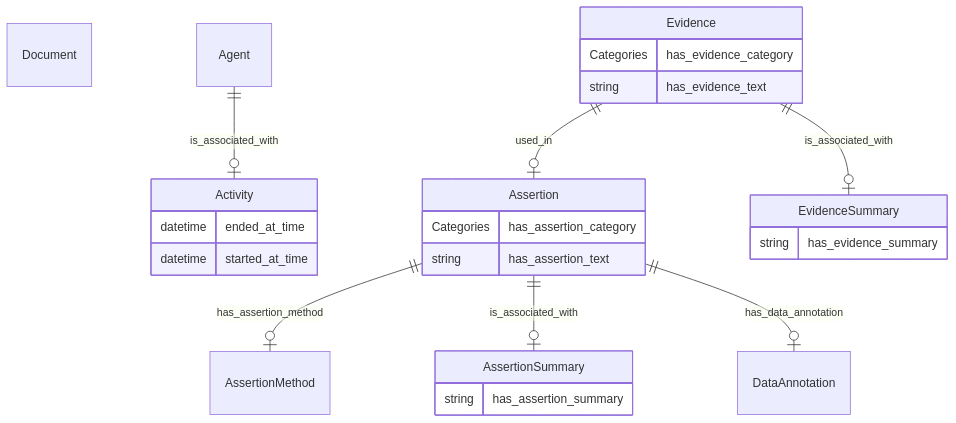
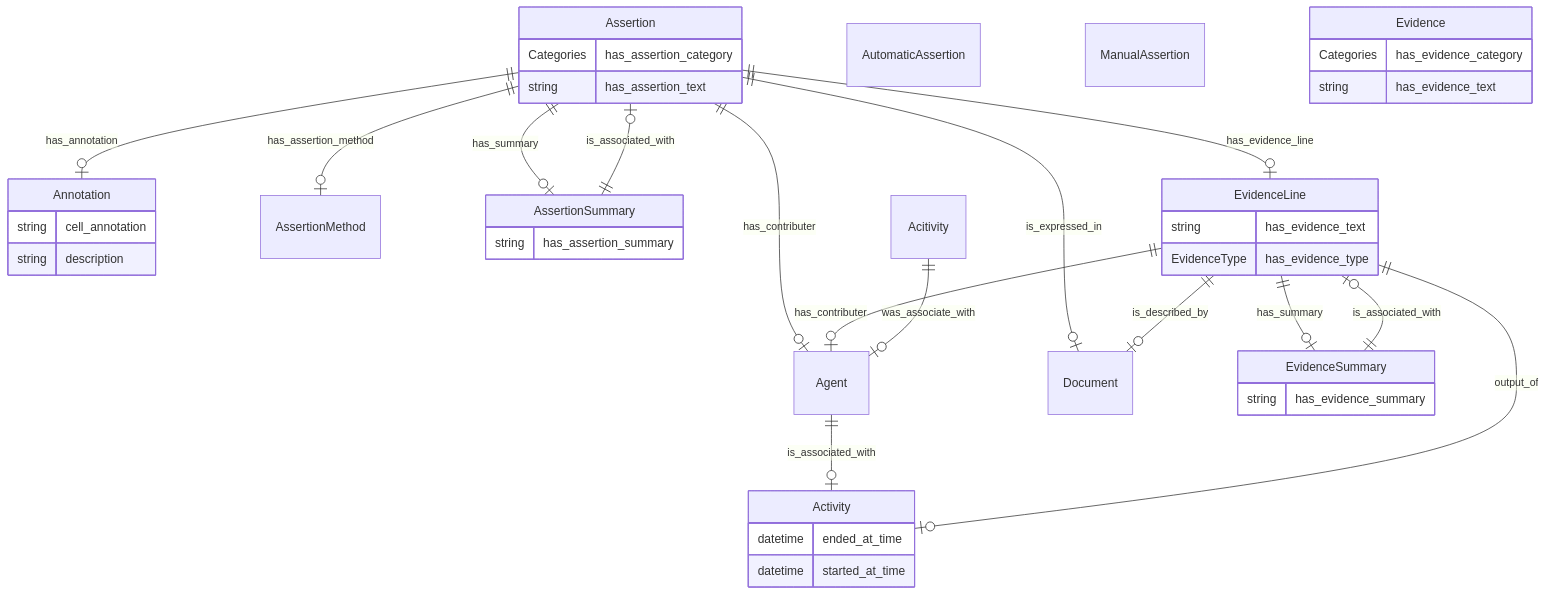
The diagram in erdiagram-autogen/assertion_evidence.md (brain-bican/models), drawn with Mermaid before and after one commit. The commit also changed 3 other files, not shown here.

Commit message:
generate another formats for assertion_evidence model

````diff
--- a/erdiagram-autogen/assertion_evidence.md
+++ b/erdiagram-autogen/assertion_evidence.md
@@ -1,41 +1,63 @@
 ```mermaid
 erDiagram
-Assertion {
-    Categories has_assertion_category  
-    string has_assertion_text  
-}
-Document {
-
-}
 Activity {
     datetime ended_at_time  
     datetime started_at_time  
 }
 Agent {
 
 }
+Annotation {
+    string cell_annotation  
+    string description  
+}
+Assertion {
+    Categories has_assertion_category  
+    string has_assertion_text  
+}
+AssertionMethod {
+
+}
 AssertionSummary {
     string has_assertion_summary  
+}
+AutomaticAssertion {
+
+}
+Document {
+
+}
+EvidenceLine {
+    string has_evidence_text  
+    EvidenceType has_evidence_type  
 }
 EvidenceSummary {
     string has_evidence_summary  
 }
-AssertionMethod {
+ManualAssertion {
 
 }
-DataAnnotation {
+Acitivity {
 
 }
 Evidence {
     Categories has_evidence_category  
     string has_evidence_text  
 }
 
+Agent ||--|o Activity : "is_associated_with"
+Assertion ||--|o Annotation : "has_annotation"
 Assertion ||--|o AssertionMethod : "has_assertion_method"
-Assertion ||--|o AssertionSummary : "is_associated_with"
-Assertion ||--|o DataAnnotation : "has_data_annotation"
-Agent ||--|o Activity : "is_associated_with"
-Evidence ||--|o Assertion : "used_in"
-Evidence ||--|o EvidenceSummary : "is_associated_with"
+Assertion ||--|o Agent : "has_contributer"
+Assertion ||--|o AssertionSummary : "has_summary"
+Assertion ||--|o Document : "is_expressed_in"
+Assertion ||--|o EvidenceLine : "has_evidence_line"
+AssertionSummary ||--|o Assertion : "is_associated_with"
+EvidenceLine ||--|o Agent : "has_contributer"
+EvidenceLine ||--|o EvidenceSummary : "has_summary"
+EvidenceLine ||--|o Document : "is_described_by"
+EvidenceLine ||--|o Activity : "output_of"
+EvidenceSummary ||--|o EvidenceLine : "is_associated_with"
+Acitivity ||--|o Agent : "was_associate_with"
 
 ```
````
